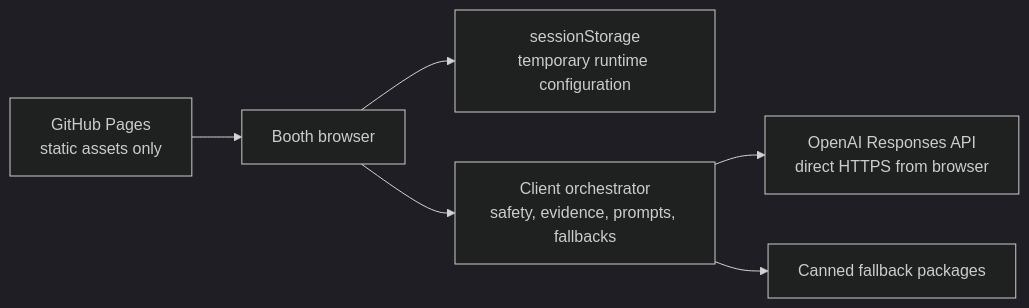
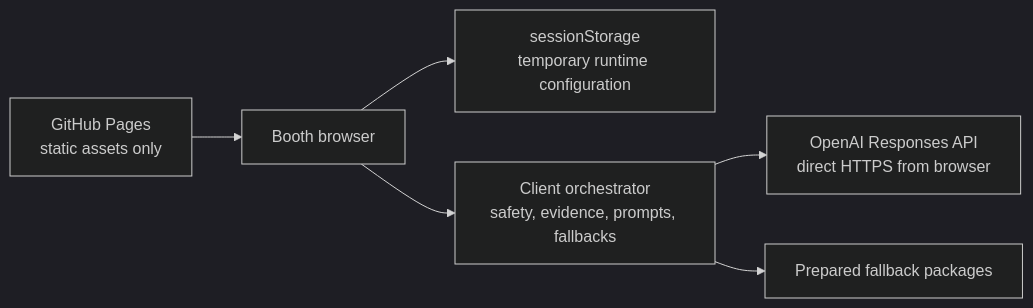
Before and after one commit to dredre815/unimelb_open_day_2026: the diagram in README.md, drawn with Mermaid (dark theme). The commit also changed other lines of this file and 31 other files, not shown here.

````diff
--- a/README.md
+++ b/README.md
@@ -36,8 +36,8 @@
 ```mermaid
 flowchart LR
     GH["GitHub Pages<br/>static assets only"] --> B["Booth browser"]
     B --> S["sessionStorage<br/>temporary runtime configuration"]
     B --> L["Client orchestrator<br/>safety, evidence, prompts, fallbacks"]
     L --> O["OpenAI Responses API<br/>direct HTTPS from browser"]
-    L --> C["Canned fallback packages"]
+    L --> C["Prepared fallback packages"]
 ```
````
